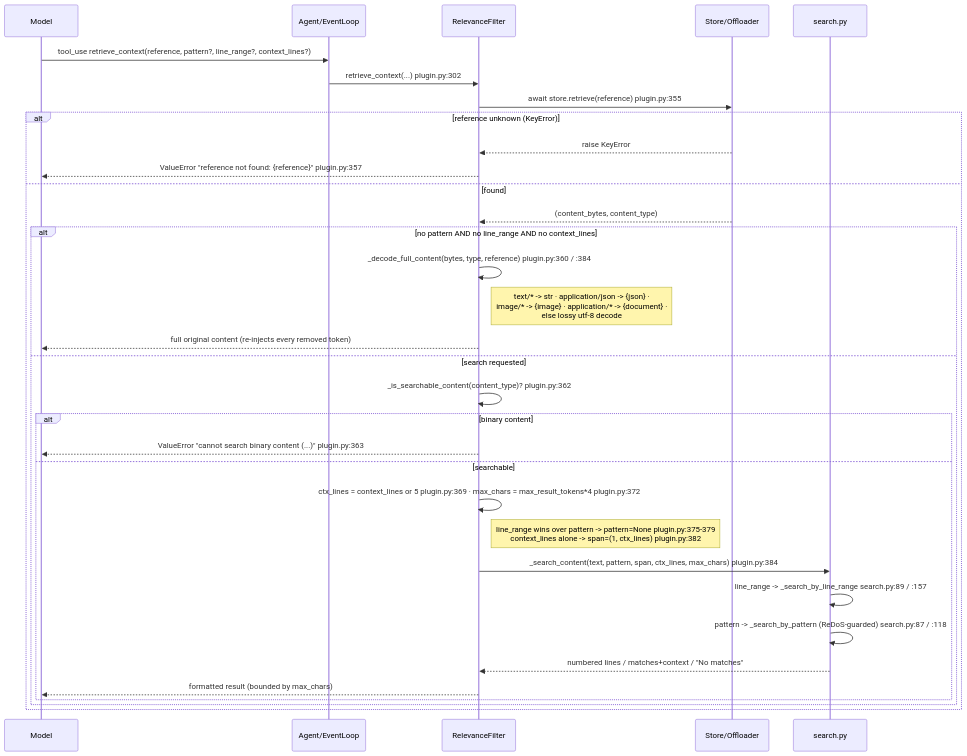
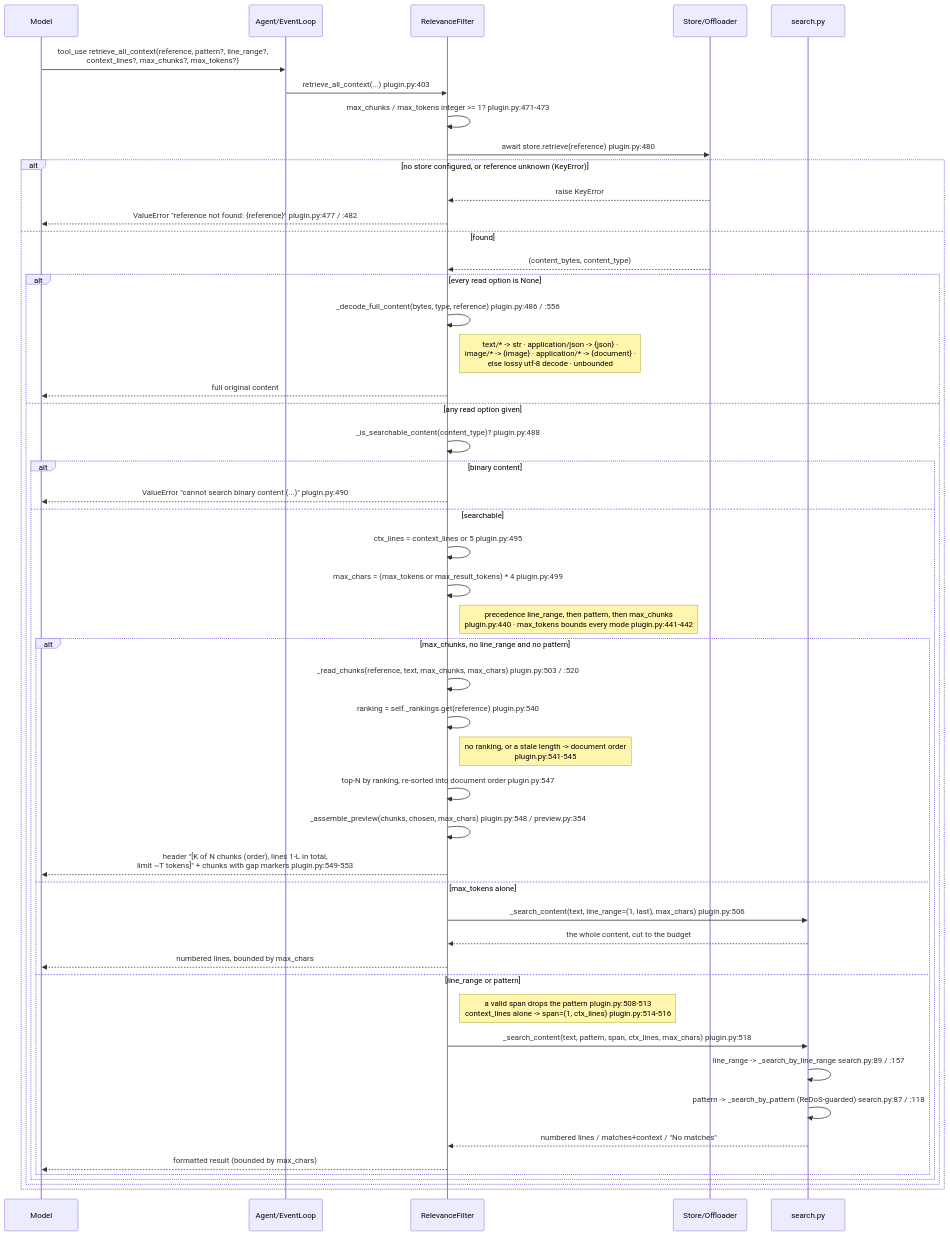
One commit to aws-samples/sample-context-engineering changed the third of 4 diagrams in docs/design/sequence/sequence-a-relevance-filtering.md. Above: the diagram before and after it, drawn with Mermaid. The commit also changed other lines of this file and 11 other files, not shown here.

First line of the commit message:
docs: bring design, sequence and how-to docs to the current code

````diff
--- a/docs/design/sequence/sequence-a-relevance-filtering.md
+++ b/docs/design/sequence/sequence-a-relevance-filtering.md
@@ -167,37 +197,53 @@
 ```mermaid
 sequenceDiagram
     participant Model
     participant Agent as Agent/EventLoop
     participant RF as RelevanceFilter
     participant Store as Store/Offloader
     participant Search as search.py
 
-    Model->>Agent: tool_use retrieve_context(reference, pattern?, line_range?, context_lines?)
-    Agent->>RF: retrieve_context(...)  plugin.py:302
-    RF->>Store: await store.retrieve(reference)  plugin.py:355
-    alt reference unknown (KeyError)
+    Model->>Agent: tool_use retrieve_all_context(reference, pattern?, line_range?,<br/>context_lines?, max_chunks?, max_tokens?)
+    Agent->>RF: retrieve_all_context(...)  plugin.py:403
+    RF->>RF: max_chunks / max_tokens integer >= 1?  plugin.py:471-473
+    RF->>Store: await store.retrieve(reference)  plugin.py:480
+    alt no store configured, or reference unknown (KeyError)
         Store-->>RF: raise KeyError
-        RF-->>Model: ValueError "reference not found: {reference}"  plugin.py:357
+        RF-->>Model: ValueError "reference not found: {reference}"  plugin.py:477 / :482
     else found
         Store-->>RF: (content_bytes, content_type)
 
-        alt no pattern AND no line_range AND no context_lines
-            RF->>RF: _decode_full_content(bytes, type, reference)  plugin.py:360 / :384
-            Note right of RF: text/* -> str · application/json -> {json} ·<br/>image/* -> {image} · application/* -> {document} ·<br/>else lossy utf-8 decode
-            RF-->>Model: full original content (re-injects every removed token)
-        else search requested
-            RF->>RF: _is_searchable_content(content_type)?  plugin.py:362
+        alt every read option is None
+            RF->>RF: _decode_full_content(bytes, type, reference)  plugin.py:486 / :556
+            Note right of RF: text/* -> str · application/json -> {json} ·<br/>image/* -> {image} · application/* -> {document} ·<br/>else lossy utf-8 decode · unbounded
+            RF-->>Model: full original content
+        else any read option given
+            RF->>RF: _is_searchable_content(content_type)?  plugin.py:488
             alt binary content
-                RF-->>Model: ValueError "cannot search binary content (...)"  plugin.py:363
+                RF-->>Model: ValueError "cannot search binary content (...)"  plugin.py:490
             else searchable
-                RF->>RF: ctx_lines = context_lines or 5  plugin.py:369 · max_chars = max_result_tokens*4  plugin.py:372
-                Note right of RF: line_range wins over pattern -> pattern=None  plugin.py:375-379<br/>context_lines alone -> span=(1, ctx_lines)  plugin.py:382
-                RF->>Search: _search_content(text, pattern, span, ctx_lines, max_chars)  plugin.py:384
-                Search->>Search: line_range -> _search_by_line_range  search.py:89 / :157
-                Search->>Search: pattern -> _search_by_pattern (ReDoS-guarded)  search.py:87 / :118
-                Search-->>RF: numbered lines / matches+context / "No matches"
-                RF-->>Model: formatted result (bounded by max_chars)
+                RF->>RF: ctx_lines = context_lines or 5  plugin.py:495
+                RF->>RF: max_chars = (max_tokens or max_result_tokens) * 4  plugin.py:499
+                Note right of RF: precedence line_range, then pattern, then max_chunks<br/>plugin.py:440 · max_tokens bounds every mode  plugin.py:441-442
+                alt max_chunks, no line_range and no pattern
+                    RF->>RF: _read_chunks(reference, text, max_chunks, max_chars)  plugin.py:503 / :520
+                    RF->>RF: ranking = self._rankings.get(reference)  plugin.py:540
+                    Note right of RF: no ranking, or a stale length -> document order<br/>plugin.py:541-545
+                    RF->>RF: top-N by ranking, re-sorted into document order  plugin.py:547
+                    RF->>RF: _assemble_preview(chunks, chosen, max_chars)  plugin.py:548 / preview.py:354
+                    RF-->>Model: header "[K of N chunks (order), lines 1-L in total,<br/>limit ~T tokens]" + chunks with gap markers  plugin.py:549-553
+                else max_tokens alone
+                    RF->>Search: _search_content(text, line_range=(1, last), max_chars)  plugin.py:506
+                    Search-->>RF: the whole content, cut to the budget
+                    RF-->>Model: numbered lines, bounded by max_chars
+                else line_range or pattern
+                    Note right of RF: a valid span drops the pattern  plugin.py:508-513<br/>context_lines alone -> span=(1, ctx_lines)  plugin.py:514-516
+                    RF->>Search: _search_content(text, pattern, span, ctx_lines, max_chars)  plugin.py:518
+                    Search->>Search: line_range -> _search_by_line_range  search.py:89 / :157
+                    Search->>Search: pattern -> _search_by_pattern (ReDoS-guarded)  search.py:87 / :118
+                    Search-->>RF: numbered lines / matches+context / "No matches"
+                    RF-->>Model: formatted result (bounded by max_chars)
+                end
             end
         end
     end
 ```
````
